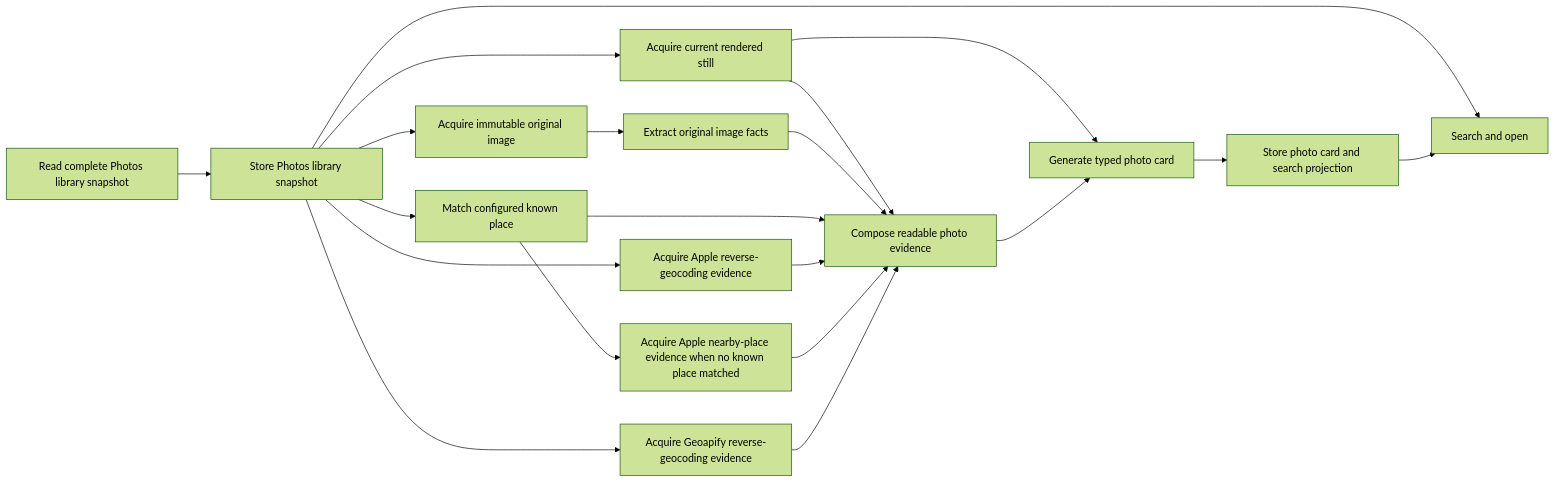
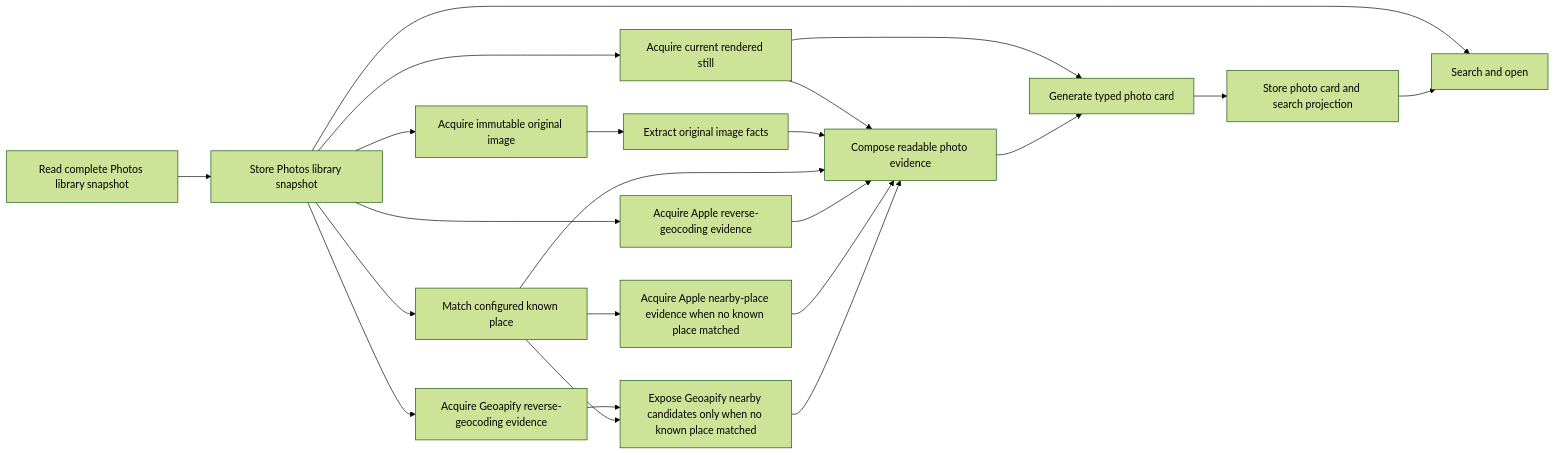
Before and after one commit to opentrawl/opentrawl: the diagram in trawlers/photos/docs/architecture.md, drawn with Mermaid (forest theme). The commit also changed other lines of this file, not shown here.

Commit message:
Clarify known-place evidence exposure

````diff
--- a/trawlers/photos/docs/architecture.md
+++ b/trawlers/photos/docs/architecture.md
@@ -21,22 +21,24 @@
 ```mermaid
 flowchart LR
     snapshot["Read complete Photos library snapshot"] --> index["Store Photos library snapshot"]
     index --> current["Acquire current rendered still"]
     index --> original["Acquire immutable original image"]
     original --> facts["Extract original image facts"]
     index --> known["Match configured known place"]
     index --> appleReverse["Acquire Apple reverse-geocoding evidence"]
     known --> appleNearby["Acquire Apple nearby-place evidence when no known place matched"]
     index --> geoapify["Acquire Geoapify reverse-geocoding evidence"]
     current --> readable["Compose readable photo evidence"]
     facts --> readable
     known --> readable
     appleReverse --> readable
     appleNearby --> readable
-    geoapify --> readable
+    geoapify --> geoapifyExposure["Expose Geoapify nearby candidates only when no known place matched"]
+    known --> geoapifyExposure
+    geoapifyExposure --> readable
     current --> card["Generate typed photo card"]
     readable --> card
     card --> store["Store photo card and search projection"]
     index --> query["Search and open"]
     store --> query
 ```
````
